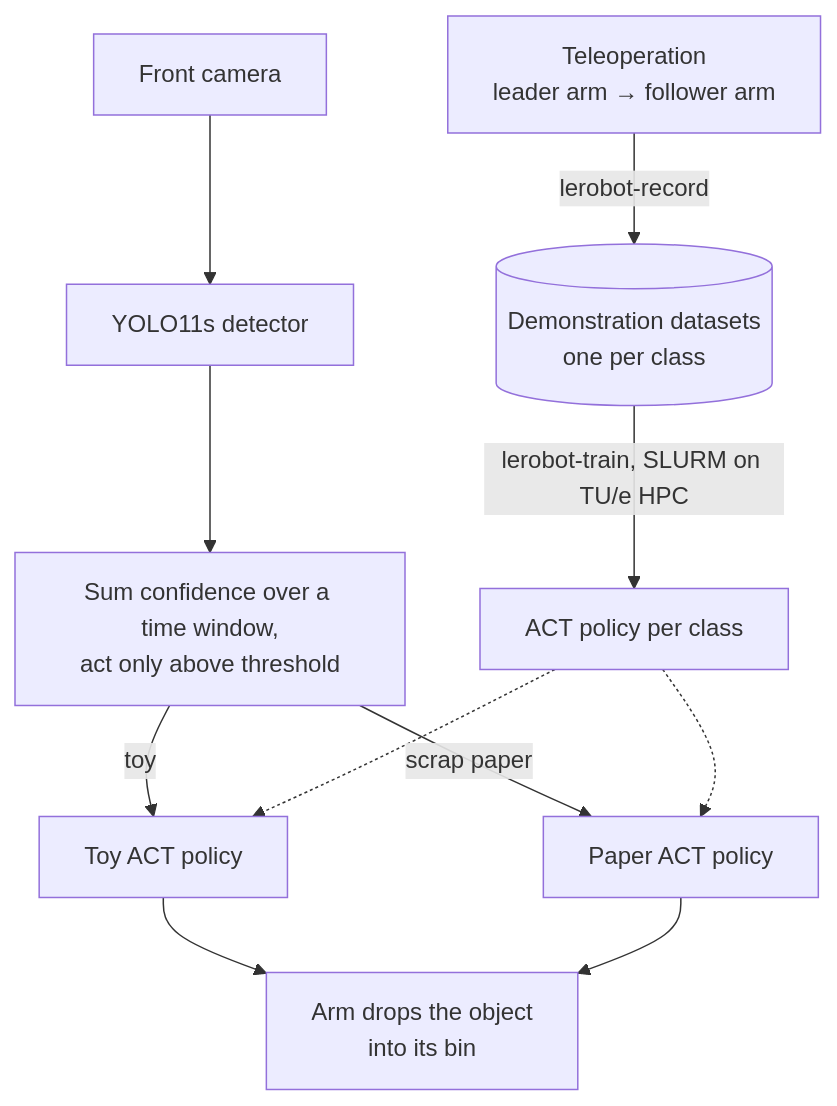
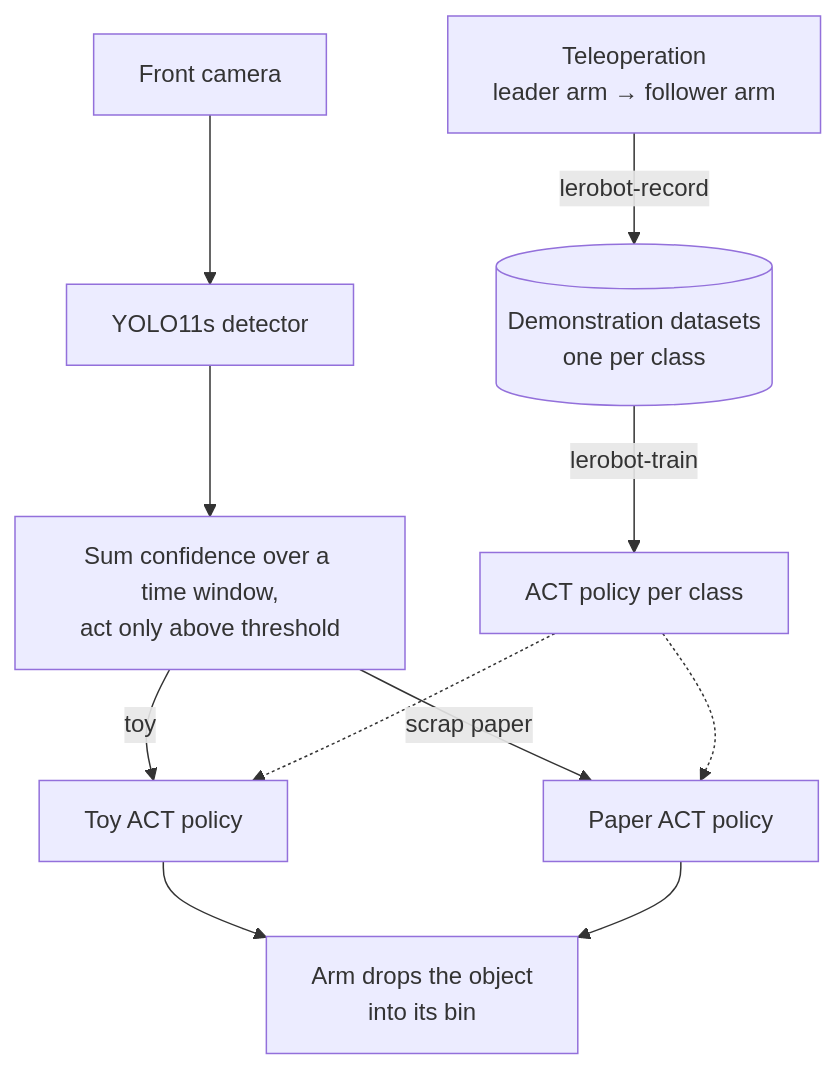
One commit to MrPsarik/handy-cleaner-lerobot changed the diagram in README.md. Above: the diagram before and after it, drawn with Mermaid. The commit also changed other lines of this file and 1 other file, not shown here.

First line of the commit message:
docs: where we trained, reconstructed SLURM script

````diff
--- a/README.md
+++ b/README.md
@@ -29,13 +29,13 @@
 ```mermaid
 flowchart TD
     D["Front camera"] --> E["YOLO11s detector"]
     E --> F["Sum confidence over a time window,<br/>act only above threshold"]
     A["Teleoperation<br/>leader arm → follower arm"] -->|lerobot-record| B[("Demonstration datasets<br/>one per class")]
-    B -->|"lerobot-train, SLURM on TU/e HPC"| C["ACT policy per class"]
+    B -->|lerobot-train| C["ACT policy per class"]
     F -->|toy| G["Toy ACT policy"]
     F -->|scrap paper| H["Paper ACT policy"]
     C -.-> G
     C -.-> H
     G --> I["Arm drops the object<br/>into its bin"]
     H --> I
 ```
````
